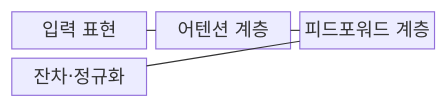
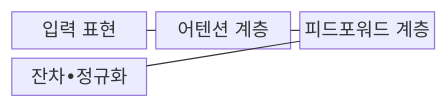
The first of 2 diagrams in src/content/docs/notes/08-latest-tech/027_transformer.md (agnusdei1207/knowledge-base), drawn with Mermaid before and after one commit. The commit also changed other lines of this file and 953 other files, not shown here.

````diff
--- a/src/content/docs/notes/08-latest-tech/027_transformer.md
+++ b/src/content/docs/notes/08-latest-tech/027_transformer.md
@@ -67,11 +67,11 @@
 ```mermaid
 block-beta
     columns 3
     I["입력 표현"]
     A["어텐션 계층"]
     F["피드포워드 계층"]
-    S["잔차·정규화"]
+    S["잔차•정규화"]
     I --- A
     A --- F
     F --- S
 ```
````
